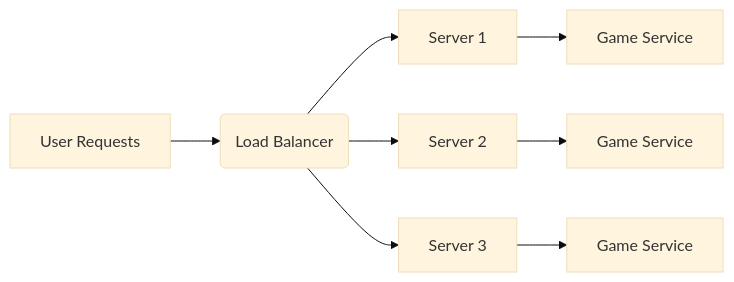
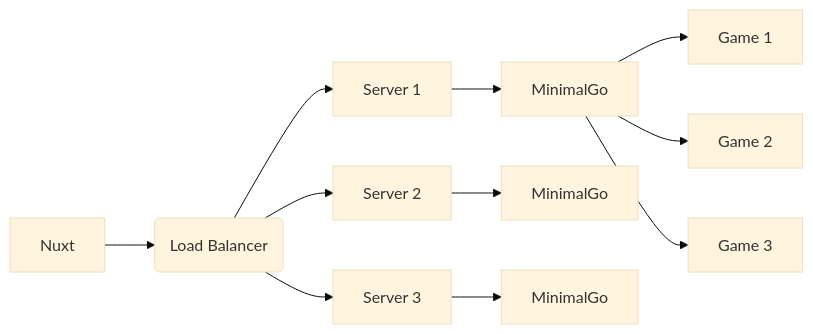
One commit to Zadigo/myboardgames changed the fourth of 4 diagrams in docs/ARCHITECTURE.md. Above: the diagram before and after it, drawn with Mermaid (base theme). The commit also changed other lines of this file and 11 other files, not shown here.

Commit message:
Refactor architecture and redisDb

````diff
--- a/docs/ARCHITECTURE.md
+++ b/docs/ARCHITECTURE.md
@@ -148,12 +148,16 @@
 ```mermaid
 flowchart LR
 
-A[User Requests] --> B(Load Balancer)
+A[Nuxt] --> B(Load Balancer)
 B --> C[Server 1]
 B --> D[Server 2]
 B --> E[Server 3]
 
-C --> G[Game Service]
-D --> H[Game Service]
-E --> I[Game Service]
+C --> G[MinimalGo]
+D --> H[MinimalGo]
+E --> I[MinimalGo]
+
+G --> J[Game 1]
+G --> K[Game 2]
+G --> L[Game 3]
 ```
````
